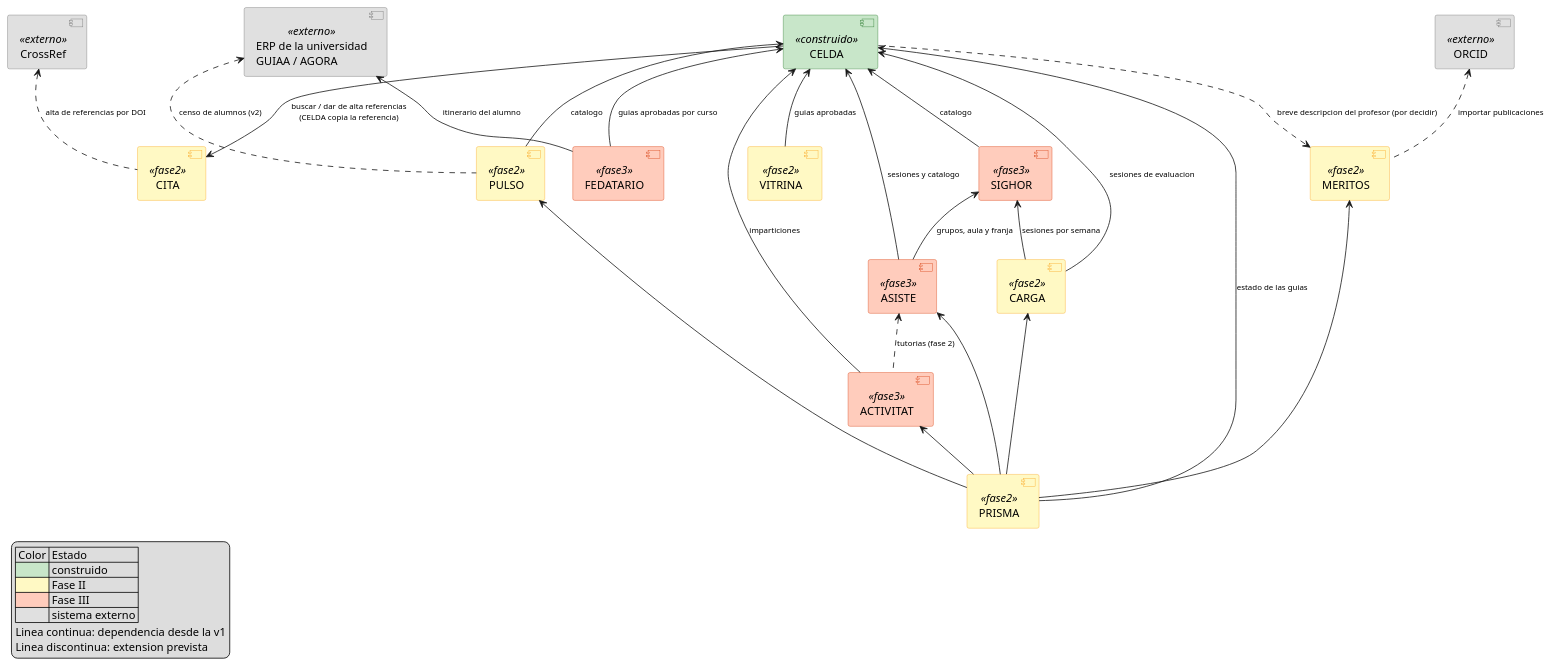
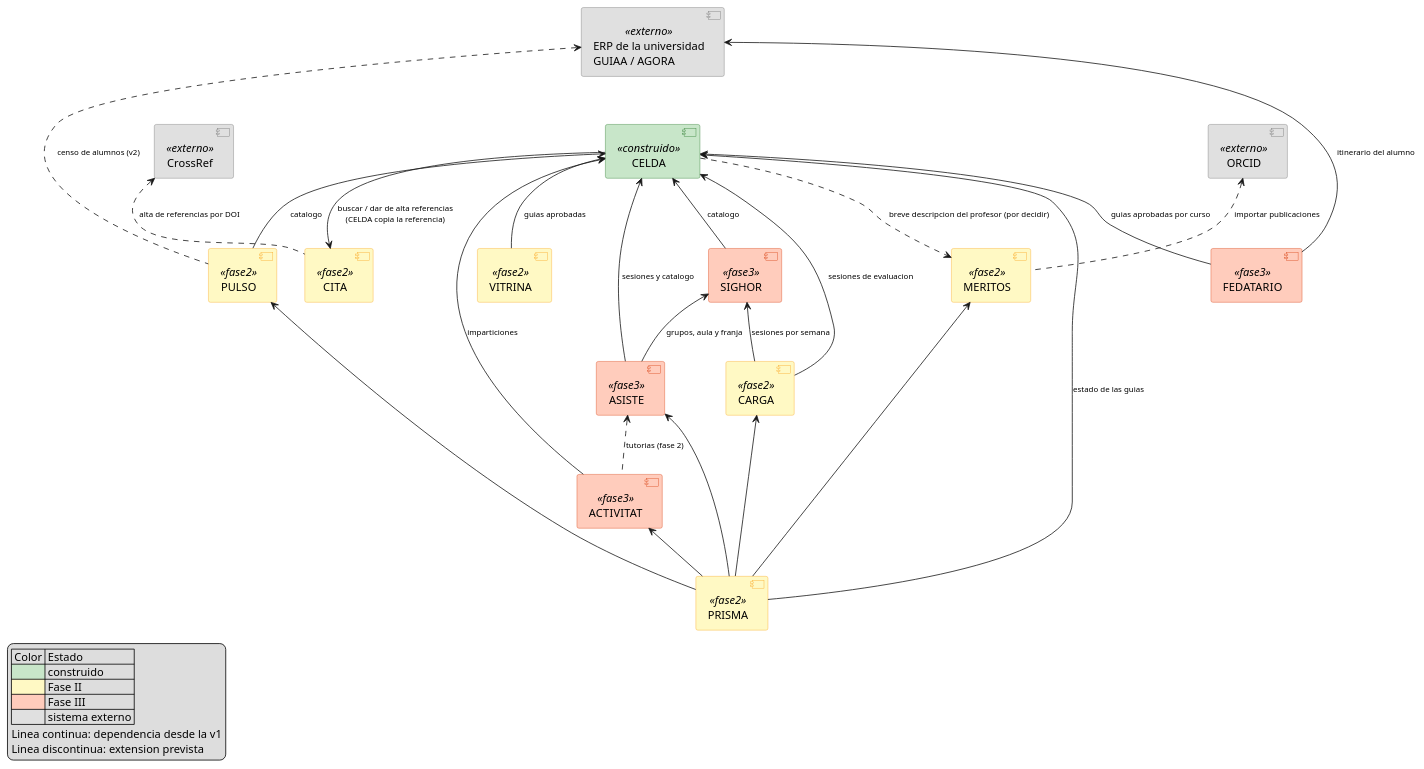
Before and after one commit to mmasias/_AGORA: the diagram in modelosUML/mapaDependencias.puml, drawn with PlantUML. The commit also changed 1 other file, not shown here.

Commit message:
docs(mapa): ERP de la universidad en la parte superior, como sistema oficial de la universidad
Cambio de Manuel (enlace oculto ERP -> CELDA para fijar la posición); SVG regenerado con PlantUML 1.2026.8. Commit y SVG: ClaudeF-Consultor-SDF1.

```diff
--- a/modelosUML/mapaDependencias.puml
+++ b/modelosUML/mapaDependencias.puml
@@ -1,84 +1,86 @@
 @startuml
 
 skinparam component {
   BorderColor<<construido>> #2E7D32
   BorderColor<<fase2>> #F9A825
   BorderColor<<fase3>> #D84315
   BorderColor<<externo>> #757575
   BackgroundColor<<construido>> #C8E6C9
   BackgroundColor<<fase2>> #FFF9C4
   BackgroundColor<<fase3>> #FFCCBC
   BackgroundColor<<externo>> #E0E0E0
 }
 
 ' === Fuentes ===
 
 component "CELDA" <<construido>> as CELDA
 component "ERP de la universidad\nGUIAA / AGORA" <<externo>> as ERP
 
 component "ORCID" <<externo>> as ORCID
 component "CrossRef" <<externo>> as CROSSREF
 
 ' === Satelites Fase II ===
 
 component "MERITOS" <<fase2>> as MERITOS
 component "PULSO" <<fase2>> as PULSO
 component "VITRINA" <<fase2>> as VITRINA
 component "CITA" <<fase2>> as CITA
 component "CARGA" <<fase2>> as CARGA
 component "PRISMA" <<fase2>> as PRISMA
 
 ' === Satelites Fase III ===
 
 component "SIGHOR" <<fase3>> as SIGHOR
 component "ASISTE" <<fase3>> as ASISTE
 component "FEDATARIO" <<fase3>> as FEDATARIO
 component "ACTIVITAT" <<fase3>> as ACTIVITAT
 
 ' === Consumos sobre CELDA ===
 
 PULSO -up-> CELDA : <sub>catalogo</sub>
 VITRINA -up-> CELDA : <sub>guias aprobadas</sub>
 CARGA -up-> CELDA : <sub>sesiones de evaluacion</sub>
 ASISTE -up-> CELDA : <sub>sesiones y catalogo</sub>
 SIGHOR -up-> CELDA : <sub>catalogo</sub>
 ACTIVITAT -up-> CELDA : <sub>imparticiones</sub>
 FEDATARIO -up-> CELDA : <sub>guias aprobadas por curso</sub>
 PRISMA -up-> CELDA : <sub>estado de las guias</sub>
 
 ' === CELDA sobre satelites ===
 
 CELDA -down-> CITA : <sub>buscar / dar de alta referencias</sub>\n<sub>(CELDA copia la referencia)</sub>
 
 ' === Satelite a satelite ===
 
 CARGA -up-> SIGHOR : <sub>sesiones por semana</sub>
 ASISTE -up-> SIGHOR : <sub>grupos, aula y franja</sub>
 PRISMA -up-> MERITOS
 PRISMA -up-> PULSO
 PRISMA -up-> ASISTE
 PRISMA -up-> CARGA
 PRISMA -up-> ACTIVITAT
 
 ' === Consumos sobre el ERP de la universidad ===
 
 FEDATARIO -up-> ERP : <sub>itinerario del alumno</sub>
 
+ERP -d[hidden]- CELDA
+
 ' === Extensiones previstas ===
 
 PULSO .up.> ERP : <sub>censo de alumnos (v2)</sub>
 ACTIVITAT .up.> ASISTE : <sub>tutorias (fase 2)</sub>
 MERITOS .up.> ORCID : <sub>importar publicaciones</sub>
 CITA .up.> CROSSREF : <sub>alta de referencias por DOI</sub>
 CELDA ..> MERITOS : <sub>breve descripcion del profesor (por decidir)</sub>
 
 legend left
   | Color | Estado |
   |<#C8E6C9>| construido |
   |<#FFF9C4>| Fase II |
   |<#FFCCBC>| Fase III |
   |<#E0E0E0>| sistema externo |
   Linea continua: dependencia desde la v1
   Linea discontinua: extension prevista
 end legend
 @enduml
```
